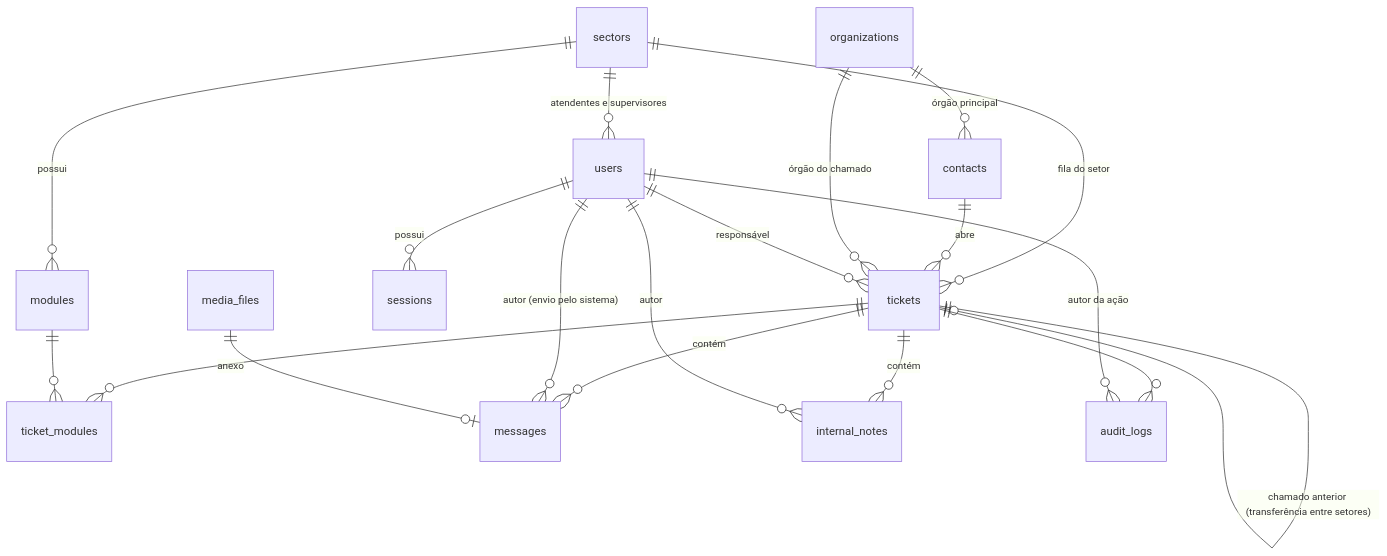
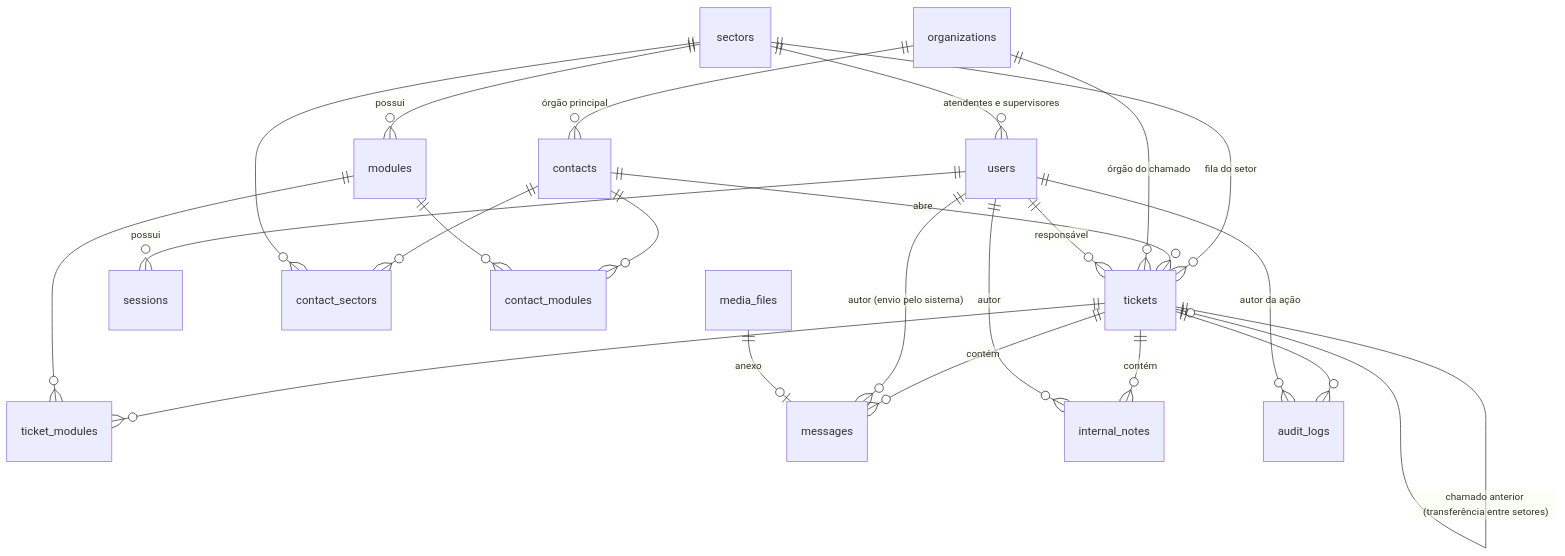
Before and after one commit to gcaspp-labs/xet: the first of 2 diagrams in modelo-dados.md, drawn with Mermaid. The commit also changed other lines of this file and 4 other files, not shown here.

````diff
--- a/modelo-dados.md
+++ b/modelo-dados.md
@@ -23,21 +23,25 @@
 ```mermaid
 erDiagram
     sectors ||--o{ users : "atendentes e supervisores"
     sectors ||--o{ modules : possui
     sectors ||--o{ tickets : "fila do setor"
     users ||--o{ sessions : possui
     organizations ||--o{ contacts : "órgão principal"
     contacts ||--o{ tickets : abre
+    contacts ||--o{ contact_sectors : ""
+    sectors ||--o{ contact_sectors : ""
+    contacts ||--o{ contact_modules : ""
+    modules ||--o{ contact_modules : ""
     organizations ||--o{ tickets : "órgão do chamado"
     users ||--o{ tickets : "responsável"
     tickets ||--o| tickets : "chamado anterior (transferência entre setores)"
     tickets ||--o{ ticket_modules : ""
     modules ||--o{ ticket_modules : ""
     tickets ||--o{ messages : contém
     users ||--o{ messages : "autor (envio pelo sistema)"
     media_files ||--o| messages : anexo
     tickets ||--o{ internal_notes : contém
     users ||--o{ internal_notes : autor
     tickets ||--o{ audit_logs : ""
     users ||--o{ audit_logs : "autor da ação"
 ```
````
